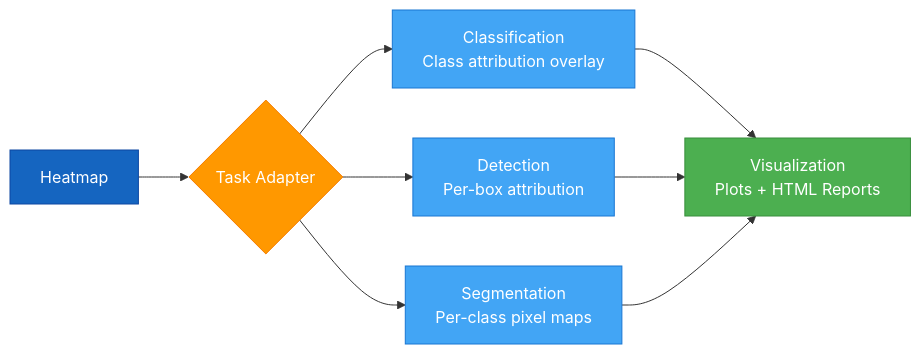
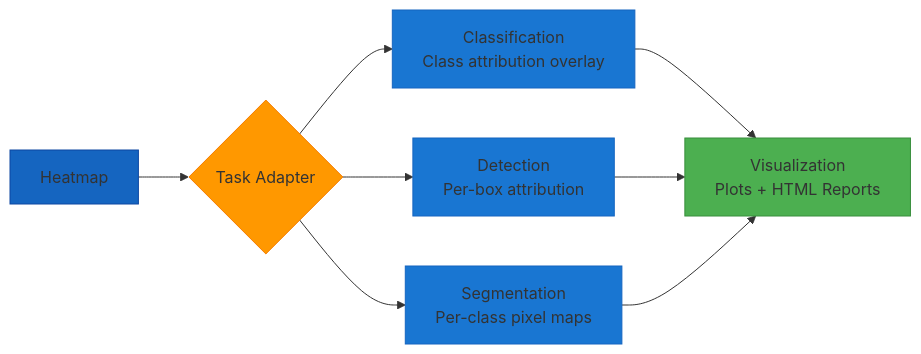
One commit to theja-vanka/AutoTimm changed the second of 3 diagrams in docs/user-guide/interpretation/index.md. Above: the diagram before and after it, drawn with Mermaid. The commit also changed other lines of this file and 37 other files, not shown here.

````diff
--- a/docs/user-guide/interpretation/index.md
+++ b/docs/user-guide/interpretation/index.md
@@ -27,17 +27,17 @@
 ```mermaid
 graph LR
     A[Heatmap] --> B{Task Adapter}
     B --> C1[Classification<br/>Class attribution overlay]
     B --> C2[Detection<br/>Per-box attribution]
     B --> C3[Segmentation<br/>Per-class pixel maps]
     C1 --> D[Visualization<br/>Plots + HTML Reports]
     C2 --> D
     C3 --> D
 
-    style A fill:#1565C0,stroke:#0D47A1,color:#fff
-    style B fill:#FF9800,stroke:#F57C00,color:#fff
-    style C1 fill:#42A5F5,stroke:#1976D2,color:#fff
-    style C2 fill:#42A5F5,stroke:#1976D2,color:#fff
-    style C3 fill:#42A5F5,stroke:#1976D2,color:#fff
-    style D fill:#4CAF50,stroke:#388E3C,color:#fff
+    style A fill:#1565C0,stroke:#0D47A1
+    style B fill:#FF9800,stroke:#F57C00
+    style C1 fill:#1976D2,stroke:#1565C0
+    style C2 fill:#1976D2,stroke:#1565C0
+    style C3 fill:#1976D2,stroke:#1565C0
+    style D fill:#4CAF50,stroke:#388E3C
 ```
````
